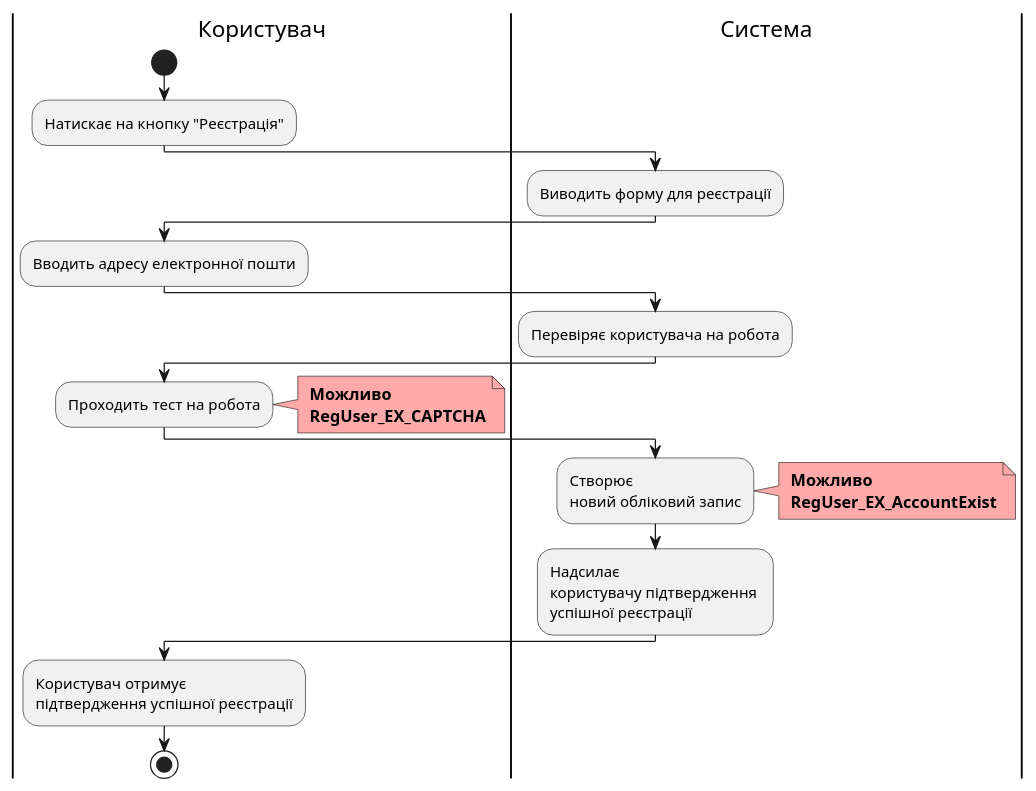
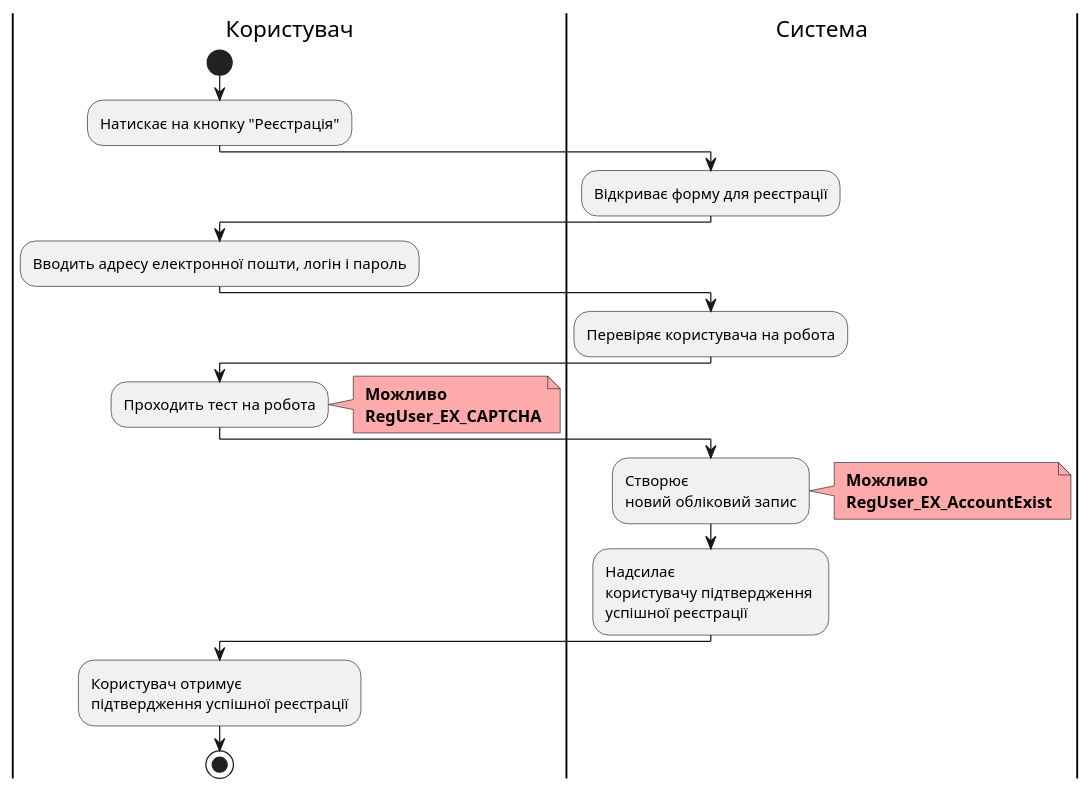
One commit to boldak/edu-db-cw changed the sixth of 19 diagrams in docs/use cases/README.md. Above: the diagram before and after it, drawn with PlantUML. The commit also changed 1 other file, not shown here.

Commit message:
edited RegUser

```diff
--- a/docs/use cases/README.md
+++ b/docs/use cases/README.md
@@ -290,40 +290,40 @@
 @startuml
 
     |Користувач|
         start
         :Натискає на кнопку "Реєстрація";
         
     |Система|
-        :Виводить форму для реєстрації;
+        :Відкриває форму для реєстрації;
         
     |Користувач|
-        :Вводить адресу електронної пошти;
+        :Вводить адресу електронної пошти, логін і пароль;
         
     |Система|
         :Перевіряє користувача на робота;
         
     |Користувач|
         :Проходить тест на робота;
         note right #ffaaaa
         <b> Можливо
         <b> RegUser_EX_CAPTCHA
         end note
         
     |Система|
         :Створює 
         новий обліковий запис;
         note right #ffaaaa
         <b> Можливо
         <b> RegUser_EX_AccountExist
         end note
         
         :Надсилає
         користувачу підтвердження 
         успішної реєстрації;
         
     |Користувач|
         :Користувач отримує 
         підтвердження успішної реєстрації;
         stop;
 
 @enduml
```
